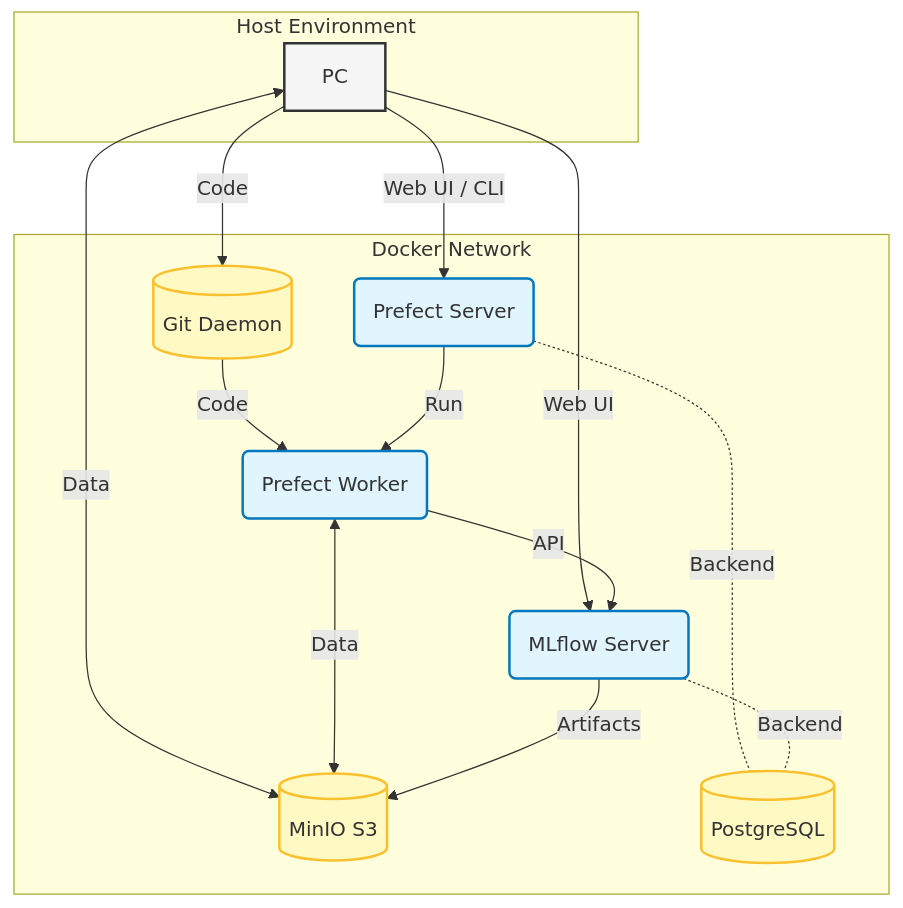
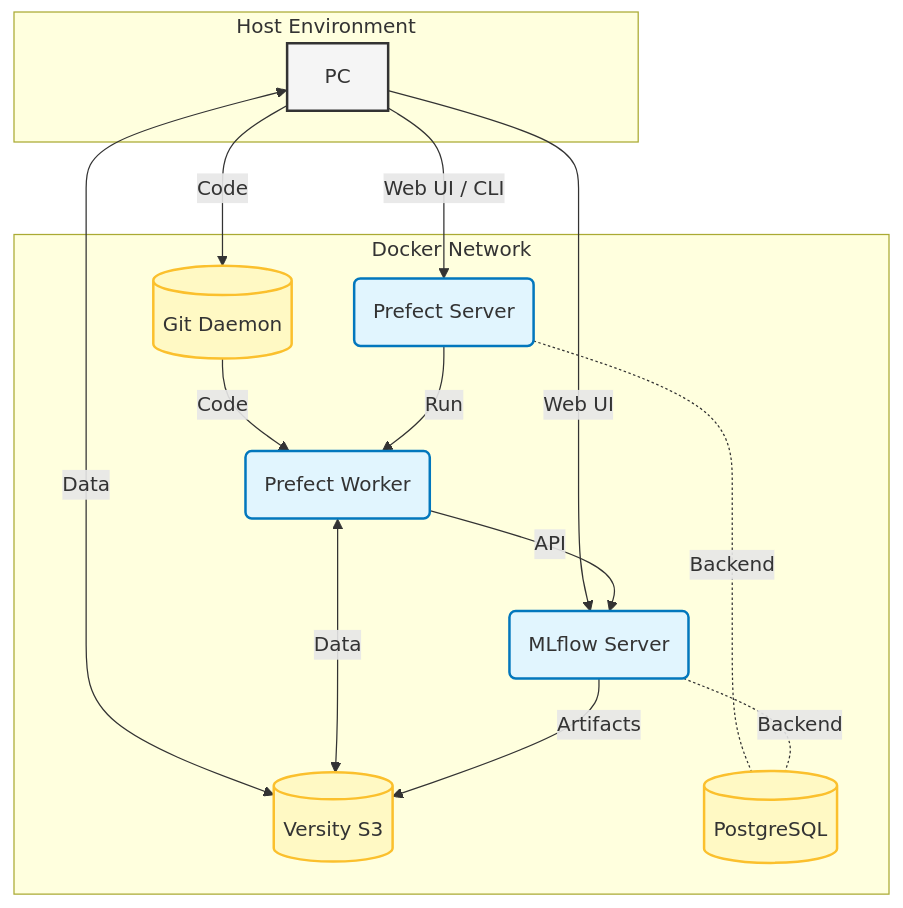
One commit to m15a/acap-datasci-env changed the diagram in README.md. Above: the diagram before and after it, drawn with Mermaid. The commit also changed other lines of this file and 1 other file, not shown here.

Commit message:
fix: replace minio with versitygw (#2)

````diff
--- a/README.md
+++ b/README.md
@@ -19,35 +19,35 @@
 ```mermaid
 graph TD
     classDef host fill:#f5f5f5,stroke:#333,stroke-width:2px;
     classDef app fill:#e1f5fe,stroke:#0277bd,stroke-width:2px;
     classDef infra fill:#fff9c4,stroke:#fbc02d,stroke-width:2px;
 
     subgraph host_net [Host Environment]
         host[PC]:::host
     end
 
     subgraph docker_net [Docker Network]
         prefect_server(Prefect Server):::app
         prefect_worker(Prefect Worker):::app
         mlflow(MLflow Server):::app
 
         git[(Git Daemon)]:::infra
-        minio[(MinIO S3)]:::infra
+        versitygw[(Versity S3)]:::infra
         postgres[(PostgreSQL)]:::infra
 
         host -->|Code| git -->|Code| prefect_worker
         host -->|Web UI / CLI| prefect_server
         host -->|Web UI| mlflow
-        %%host -->|Web UI / CLI| minio
-        host <-->|Data| minio
+        %%host -->|Web UI / CLI| versitygw
+        host <-->|Data| versitygw
 
         prefect_server -.-|Backend| postgres
         prefect_server -->|Run| prefect_worker
 
         prefect_worker -->|API| mlflow
-        prefect_worker <-->|Data| minio
+        prefect_worker <-->|Data| versitygw
 
         mlflow -.-|Backend| postgres
-        mlflow -->|Artifacts| minio
+        mlflow -->|Artifacts| versitygw
     end
 ```
````
